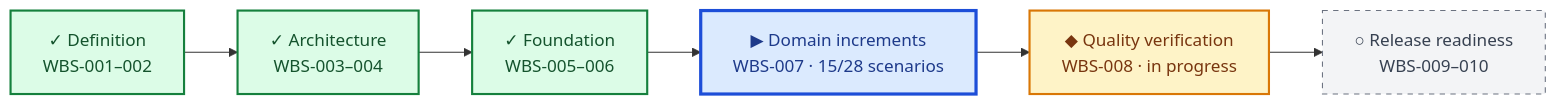
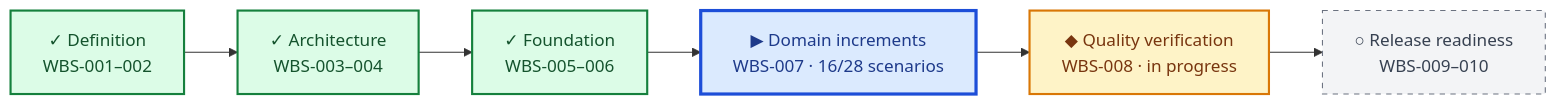
One commit to stoarch/testA2 changed the diagram in DASHBOARD/PROGRESS.md. Above: the diagram before and after it, drawn with Mermaid. The commit also changed other lines of this file and 18 other files, not shown here.

````diff
--- a/DASHBOARD/PROGRESS.md
+++ b/DASHBOARD/PROGRESS.md
@@ -7,17 +7,17 @@
 ```mermaid
 flowchart LR
     M1["✓ Definition<br/>WBS-001–002"] --> M2["✓ Architecture<br/>WBS-003–004"]
     M2 --> M3["✓ Foundation<br/>WBS-005–006"]
-    M3 --> M4["▶ Domain increments<br/>WBS-007 · 15/28 scenarios"]
+    M3 --> M4["▶ Domain increments<br/>WBS-007 · 16/28 scenarios"]
     M4 --> M5["◆ Quality verification<br/>WBS-008 · in progress"]
     M5 --> M6["○ Release readiness<br/>WBS-009–010"]
 
     classDef done fill:#dcfce7,stroke:#15803d,color:#14532d,stroke-width:2px;
     classDef active fill:#dbeafe,stroke:#1d4ed8,color:#1e3a8a,stroke-width:3px;
     classDef parallel fill:#fef3c7,stroke:#d97706,color:#78350f,stroke-width:2px;
     classDef planned fill:#f3f4f6,stroke:#6b7280,color:#374151,stroke-dasharray:5 5;
     class M1,M2,M3 done;
     class M4 active;
     class M5 parallel;
     class M6 planned;
 ```
````
